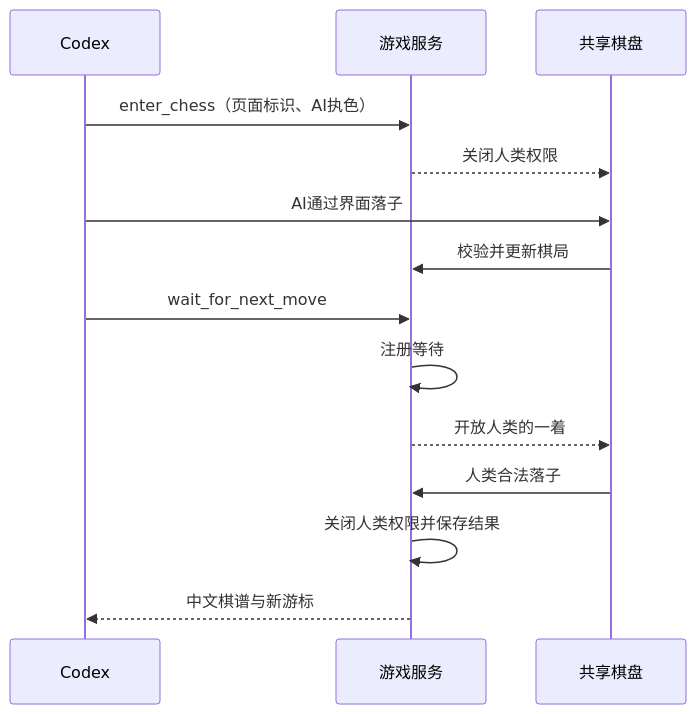
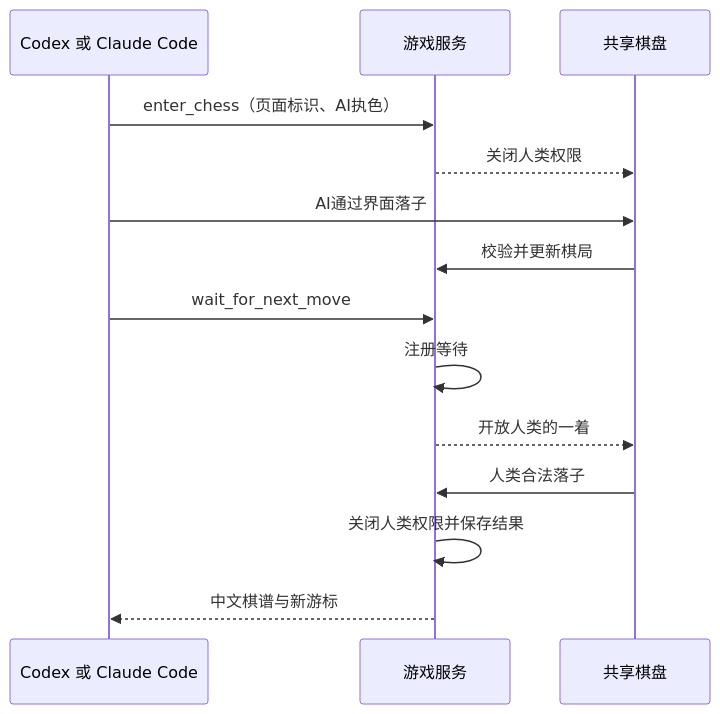
Before and after one commit to SCPZ24/ink-chess: the diagram in docs/MCP.md, drawn with Mermaid. The commit also changed other lines of this file and 20 other files, not shown here.

````diff
--- a/docs/MCP.md
+++ b/docs/MCP.md
@@ -42,16 +76,16 @@
 ```mermaid
 sequenceDiagram
-  participant A as Codex
+  participant A as Codex 或 Claude Code
   participant S as 游戏服务
   participant B as 共享棋盘
   A->>S: enter_chess（页面标识、AI执色）
   S-->>B: 关闭人类权限
   A->>B: AI通过界面落子
   B->>S: 校验并更新棋局
   A->>S: wait_for_next_move
   S->>S: 注册等待
   S-->>B: 开放人类的一着
   B->>S: 人类合法落子
   S->>S: 关闭人类权限并保存结果
   S-->>A: 中文棋谱与新游标
 ```
````
